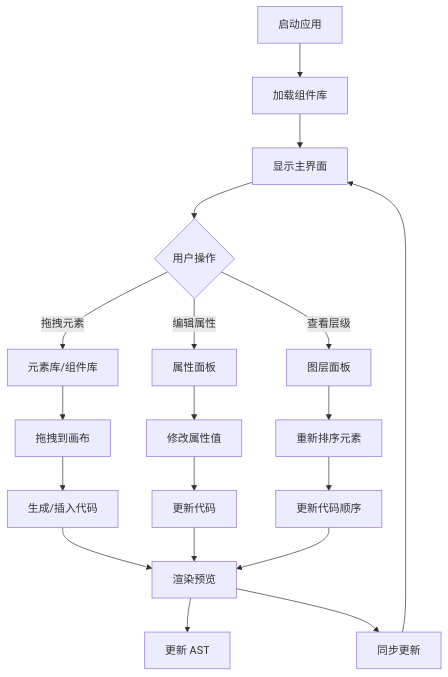
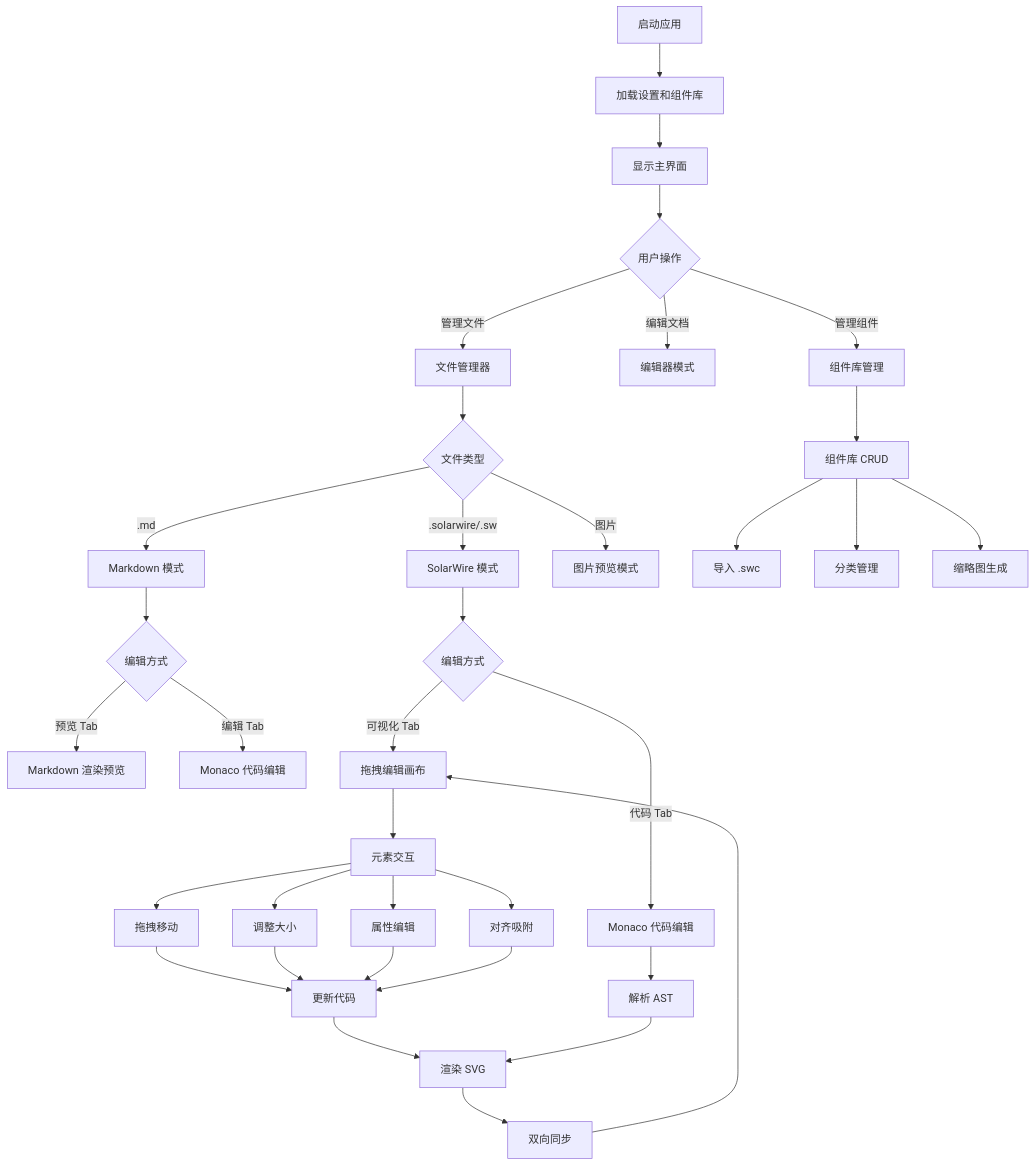
The first of 3 diagrams in editor/.solarwire/solarwire-editor/solarwire-prd.md (SolarWire/SolarWire-APPs), drawn with Mermaid before and after one commit. The commit also changed other lines of this file and 34 other files, not shown here.

````diff
--- a/editor/.solarwire/solarwire-editor/solarwire-prd.md
+++ b/editor/.solarwire/solarwire-editor/solarwire-prd.md
@@ -112,26 +179,45 @@
 ```mermaid
 flowchart TD
-    A[启动应用] --> B[加载组件库]
+    A[启动应用] --> B[加载设置和组件库]
     B --> C[显示主界面]
     C --> D{用户操作}
 
-    D -->|拖拽元素| E[元素库/组件库]
-    D -->|编辑属性| F[属性面板]
-    D -->|查看层级| G[图层面板]
+    D -->|管理文件| E[文件管理器]
+    D -->|编辑文档| F[编辑器模式]
+    D -->|管理组件| G[组件库管理]
 
-    E --> H[拖拽到画布]
-    H --> I[生成/插入代码]
-    I --> J[渲染预览]
-    J --> K[更新 AST]
+    E --> H{文件类型}
+    H -->|.md| I[Markdown 模式]
+    H -->|.solarwire/.sw| J[SolarWire 模式]
+    H -->|图片| K[图片预览模式]
 
-    F --> L[修改属性值]
-    L --> M[更新代码]
-    M --> J
+    I --> L{编辑方式}
+    L -->|预览 Tab| M[Markdown 渲染预览]
+    L -->|编辑 Tab| N[Monaco 代码编辑]
 
-    G --> N[重新排序元素]
-    N --> O[更新代码顺序]
-    O --> J
+    J --> O{编辑方式}
+    O -->|可视化 Tab| P[拖拽编辑画布]
+    O -->|代码 Tab| Q[Monaco 代码编辑]
 
-    J --> P[同步更新]
-    P --> C
+    P --> R[元素交互]
+    R --> S[拖拽移动]
+    R --> T[调整大小]
+    R --> U[属性编辑]
+    R --> V[对齐吸附]
+
+    S --> W[更新代码]
+    T --> W
+    U --> W
+    V --> W
+    W --> X[渲染 SVG]
+    X --> Y[双向同步]
+    Y --> P
+
+    Q --> Z[解析 AST]
+    Z --> X
+
+    G --> AA[组件库 CRUD]
+    AA --> AB[导入 .swc]
+    AA --> AC[分类管理]
+    AA --> AD[缩略图生成]
 ```
````
